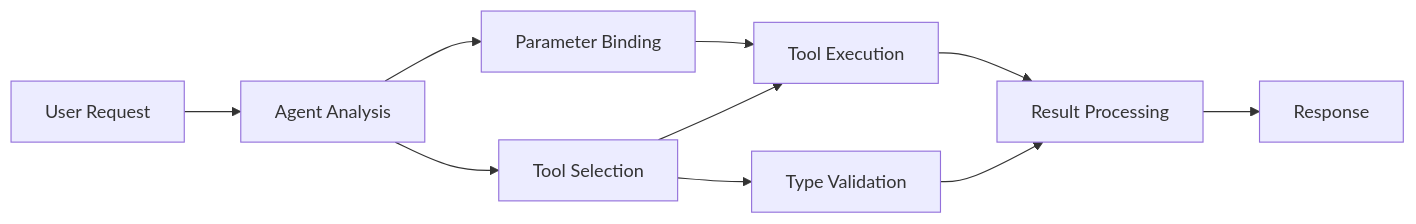
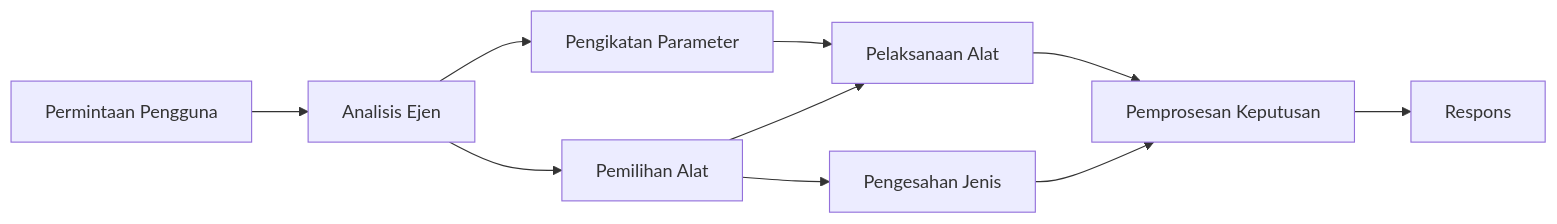
The diagram in translations/ms/04-tool-use/code_samples/04-dotnet-agent-framework.md (microsoft/ai-agents-for-beginners), drawn with Mermaid before and after one commit. The commit also changed other lines of this file and 222 other files, not shown here.

````diff
--- a/translations/ms/04-tool-use/code_samples/04-dotnet-agent-framework.md
+++ b/translations/ms/04-tool-use/code_samples/04-dotnet-agent-framework.md
@@ -40,12 +40,12 @@
 ```mermaid
 graph LR
-    A[User Request] --> B[Agent Analysis]
-    B --> C[Tool Selection]
-    C --> D[Type Validation]
-    B --> E[Parameter Binding]
-    E --> F[Tool Execution]
+    A[Permintaan Pengguna] --> B[Analisis Ejen]
+    B --> C[Pemilihan Alat]
+    C --> D[Pengesahan Jenis]
+    B --> E[Pengikatan Parameter]
+    E --> F[Pelaksanaan Alat]
     C --> F
-    F --> G[Result Processing]
+    F --> G[Pemprosesan Keputusan]
     D --> G
-    G --> H[Response]
+    G --> H[Respons]
 ```
````
